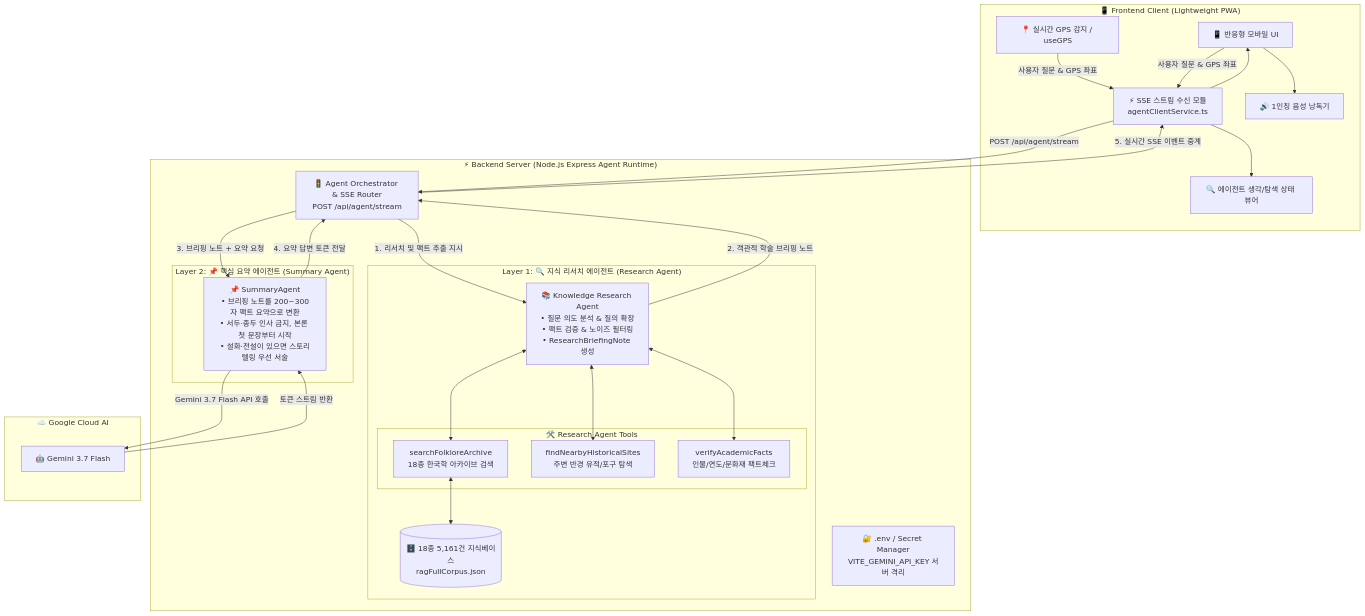
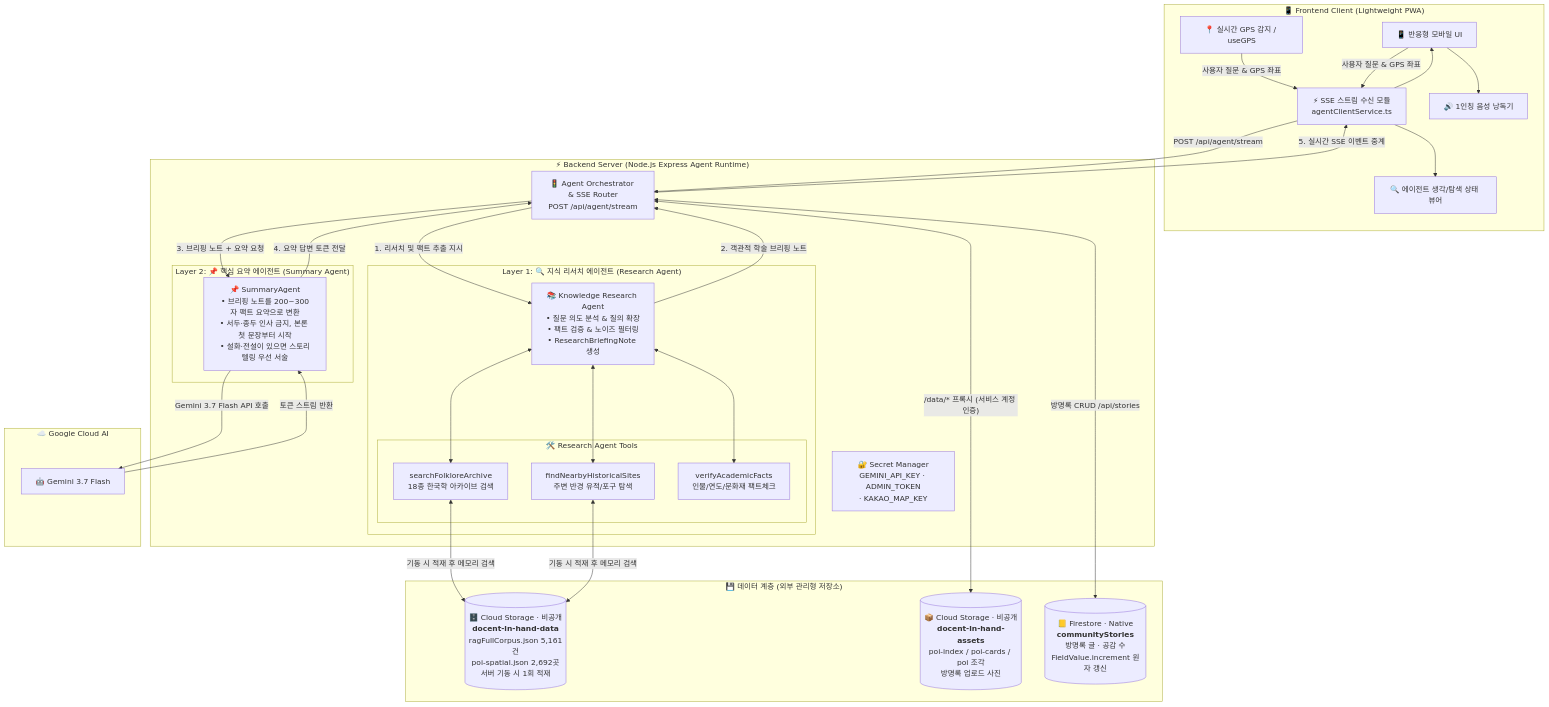
The first of 4 diagrams in 헤커톤_변경구조_아키택쳐.md (Gukui0516/Docent-in-hand), drawn with Mermaid before and after one commit. The commit also changed other lines of this file and 2 other files, not shown here.

First line of the commit message:
docs: 백엔드 아키텍처에 데이터 저장 계층 추가 (GCS · Firestore)

````diff
--- a/헤커톤_변경구조_아키택쳐.md
+++ b/헤커톤_변경구조_아키택쳐.md
@@ -11,51 +11,61 @@
 ```mermaid
 graph TD
     subgraph "📱 Frontend Client (Lightweight PWA)"
         UI[📱 반응형 모바일 UI]
         GPS[📍 실시간 GPS 감지 / useGPS]
         SSEClient[⚡ SSE 스트림 수신 모듈<br>agentClientService.ts]
         StatusIndicator[🔍 에이전트 생각/탐색 상태 뷰어]
         AudioTTS[🔊 1인칭 음성 낭독기]
     end
 
     subgraph "⚡ Backend Server (Node.js Express Agent Runtime)"
         Orchestrator[🚦 Agent Orchestrator & SSE Router<br>POST /api/agent/stream]
         
         subgraph "Layer 1: 🔍 지식 리서치 에이전트 (Research Agent)"
             ResearchAgent[📚 Knowledge Research Agent<br>• 질문 의도 분석 & 질의 확장<br>• 팩트 검증 & 노이즈 필터링<br>• ResearchBriefingNote 생성]
             
             subgraph "🛠️ Research Agent Tools"
                 T_Archive[searchFolkloreArchive<br>18종 한국학 아카이브 검색]
                 T_Geo[findNearbyHistoricalSites<br>주변 반경 유적/포구 탐색]
                 T_Fact[verifyAcademicFacts<br>인물/연도/문화재 팩트체크]
             end
             
-            CorpusDB[(🗄️ 18종 5,161건 지식베이스<br>ragFullCorpus.json)]
             ResearchAgent <--> T_Archive & T_Geo & T_Fact
-            T_Archive <--> CorpusDB
         end
 
         subgraph "Layer 2: 📌 핵심 요약 에이전트 (Summary Agent)"
             SummaryAgent[📌 SummaryAgent<br>• 브리핑 노트를 200~300자 팩트 요약으로 변환<br>• 서두·종두 인사 금지, 본론 첫 문장부터 시작<br>• 설화·전설이 있으면 스토리텔링 우선 서술]
         end
 
-        SecretVault[🔐 .env / Secret Manager<br>VITE_GEMINI_API_KEY 서버 격리]
+        SecretVault[🔐 Secret Manager<br>GEMINI_API_KEY · ADMIN_TOKEN<br>· KAKAO_MAP_KEY]
+    end
+
+    subgraph DataLayer["💾 데이터 계층 (외부 관리형 저장소)"]
+        CorpusDB[("🗄️ Cloud Storage · 비공개<br><b>docent-in-hand-data</b><br>ragFullCorpus.json 5,161건<br>poi-spatial.json 2,692곳<br>서버 기동 시 1회 적재")]
+        AssetDB[("📦 Cloud Storage · 비공개<br><b>docent-in-hand-assets</b><br>poi-index / poi-cards / poi 조각<br>방명록 업로드 사진")]
+        StoryDB[("📒 Firestore · Native<br><b>communityStories</b><br>방명록 글 · 공감 수<br>FieldValue.increment 원자 갱신")]
     end
 
     subgraph "☁️ Google Cloud AI"
         GeminiFlash[🤖 Gemini 3.7 Flash]
     end
+
+    %% 데이터 계층 연결
+    T_Archive <-->|기동 시 적재 후 메모리 검색| CorpusDB
+    T_Geo <-->|기동 시 적재 후 메모리 검색| CorpusDB
+    Orchestrator <-->|"/data/* 프록시 (서비스 계정 인증)"| AssetDB
+    Orchestrator <-->|"방명록 CRUD /api/stories"| StoryDB
 
     %% 연결 흐름
     GPS & UI -->|사용자 질문 & GPS 좌표| SSEClient
     SSEClient -->|POST /api/agent/stream| Orchestrator
     Orchestrator -->|1. 리서치 및 팩트 추출 지시| ResearchAgent
     ResearchAgent -->|2. 객관적 학술 브리핑 노트| Orchestrator
     Orchestrator -->|3. 브리핑 노트 + 요약 요청| SummaryAgent
     SummaryAgent -->|Gemini 3.7 Flash API 호출| GeminiFlash
     GeminiFlash -->|토큰 스트림 반환| SummaryAgent
     SummaryAgent -->|4. 요약 답변 토큰 전달| Orchestrator
     Orchestrator -->|5. 실시간 SSE 이벤트 중계| SSEClient
     SSEClient --> StatusIndicator
     SSEClient --> UI --> AudioTTS
 ```
````
